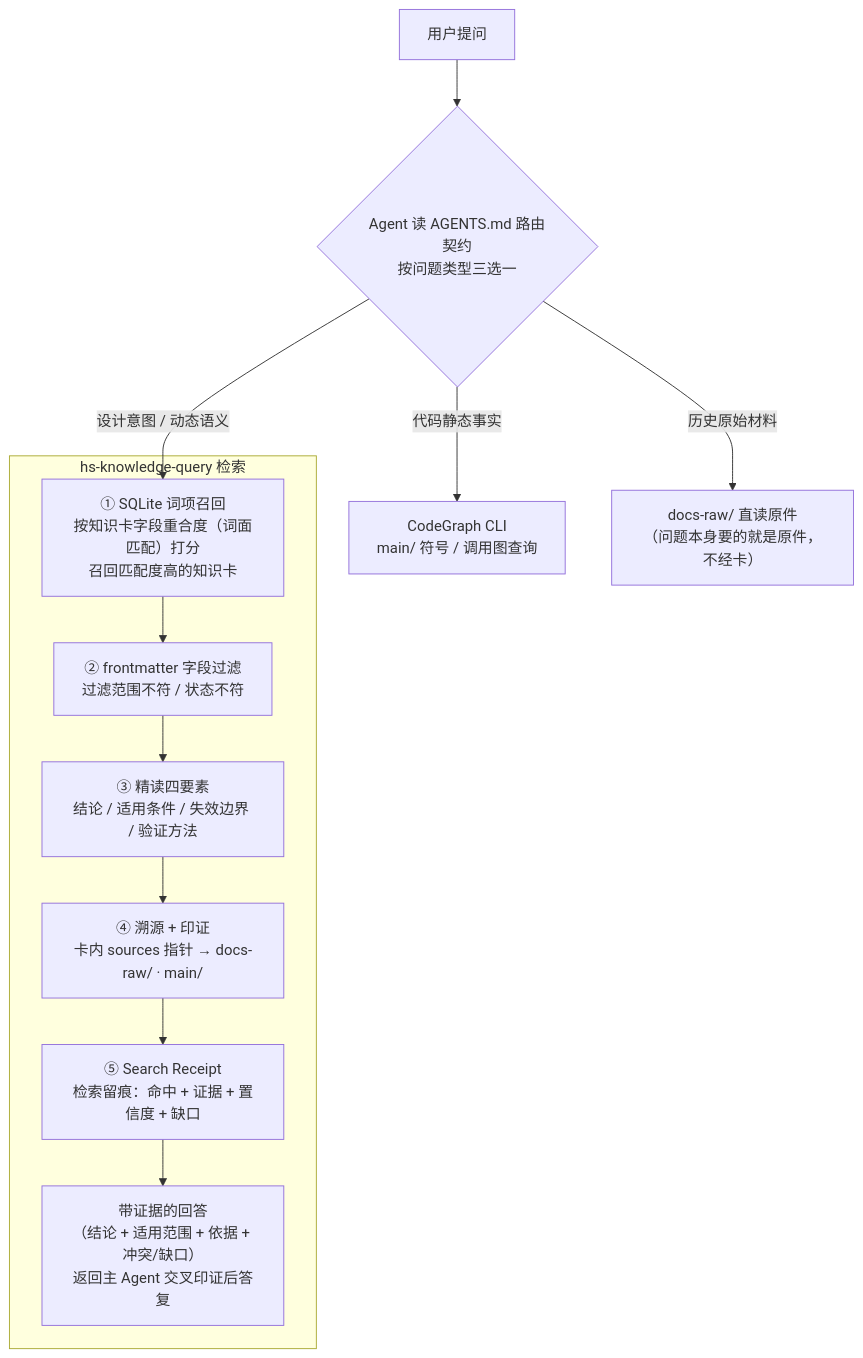
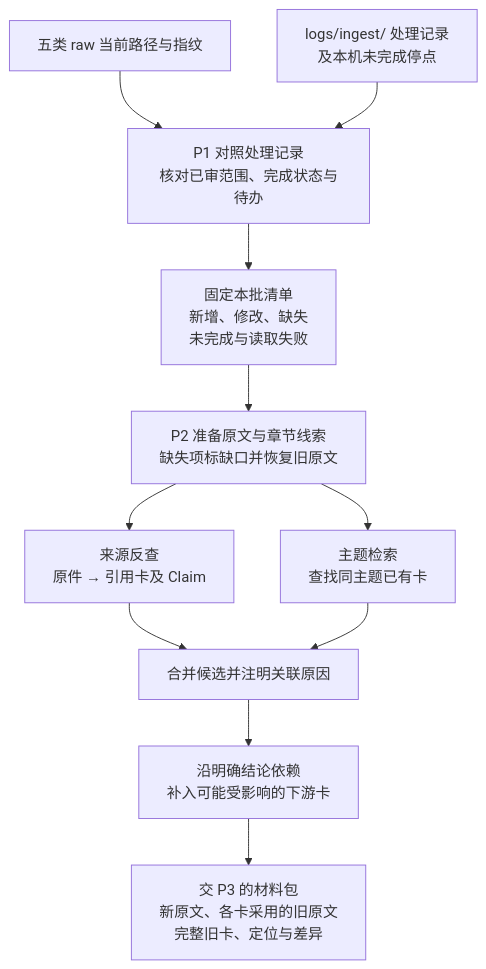
One commit to Robin-hhc/FactumCore changed the tenth of 19 diagrams in aiotbot-knowledge-wifi-mp/docs-llm-wiki/知识库详细设计.md. Above: the diagram before and after it, drawn with Mermaid. The commit also changed other lines of this file and 447 other files, not shown here.

````diff
--- a/aiotbot-knowledge-wifi-mp/docs-llm-wiki/知识库详细设计.md
+++ b/aiotbot-knowledge-wifi-mp/docs-llm-wiki/知识库详细设计.md
@@ -1610,17 +415,13 @@
 ```mermaid
-flowchart TB
-    Q["用户提问"] --> R{"Agent 读 AGENTS.md 路由契约<br />按问题类型三选一"}
-
-    R -->|"代码静态事实"| CODE["CodeGraph CLI<br />main/ 符号 / 调用图查询"]
-    R -->|"历史原始材料"| RAW["docs-raw/ 直读原件<br />（问题本身要的就是原件，不经卡）"]
-
-    subgraph KQ["hs-knowledge-query 检索"]
-        C["① SQLite 词项召回<br />按知识卡字段重合度（词面匹配）打分<br />召回匹配度高的知识卡"] --> D["② frontmatter 字段过滤<br />过滤范围不符 / 状态不符<br />"]
-        D --> E["③ 精读四要素<br />结论 / 适用条件 / 失效边界 / 验证方法"]
-        E --> F["④ 溯源 + 印证<br />卡内 sources 指针 → docs-raw/ · main/"]
-        F --> G["⑤ Search Receipt<br />检索留痕：命中 + 证据 + 置信度 + 缺口"]
-        G --> H["带证据的回答<br />（结论 + 适用范围 + 依据 + 冲突/缺口）<br />返回主 Agent 交叉印证后答复"]
-    end
-
-    R -->|"设计意图 / 动态语义"| C
+flowchart TD
+    RAW["五类 raw 当前路径与指纹"] --> SCAN["P1 对照处理记录<br/>核对已审范围、完成状态与待办"]
+    RECORD["logs/ingest/ 处理记录<br/>及本机未完成停点"] --> SCAN
+    SCAN --> LIST["固定本批清单<br/>新增、修改、缺失<br/>未完成与读取失败"]
+    LIST --> CAPTURE["P2 准备原文与章节线索<br/>缺失项标缺口并恢复旧原文"]
+    CAPTURE --> REF["来源反查<br/>原件 → 引用卡及 Claim"]
+    CAPTURE --> SEARCH["主题检索<br/>查找同主题已有卡"]
+    REF --> POOL["合并候选并注明关联原因"]
+    SEARCH --> POOL
+    POOL --> DEP["沿明确结论依赖<br/>补入可能受影响的下游卡"]
+    DEP --> MAT["交 P3 的材料包<br/>新原文、各卡采用的旧原文<br/>完整旧卡、定位与差异"]
 ```
````
